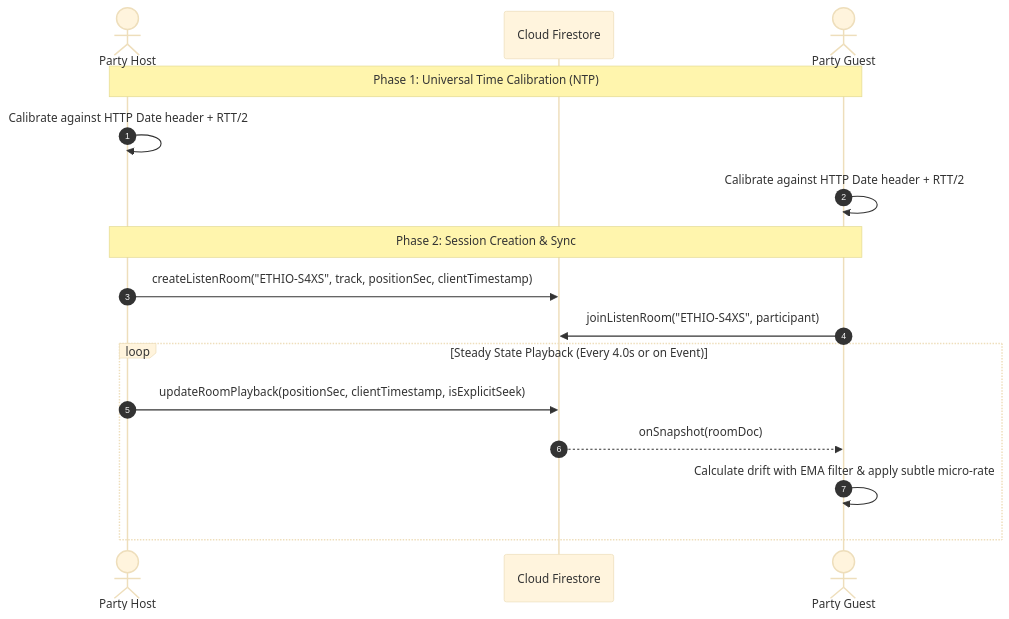
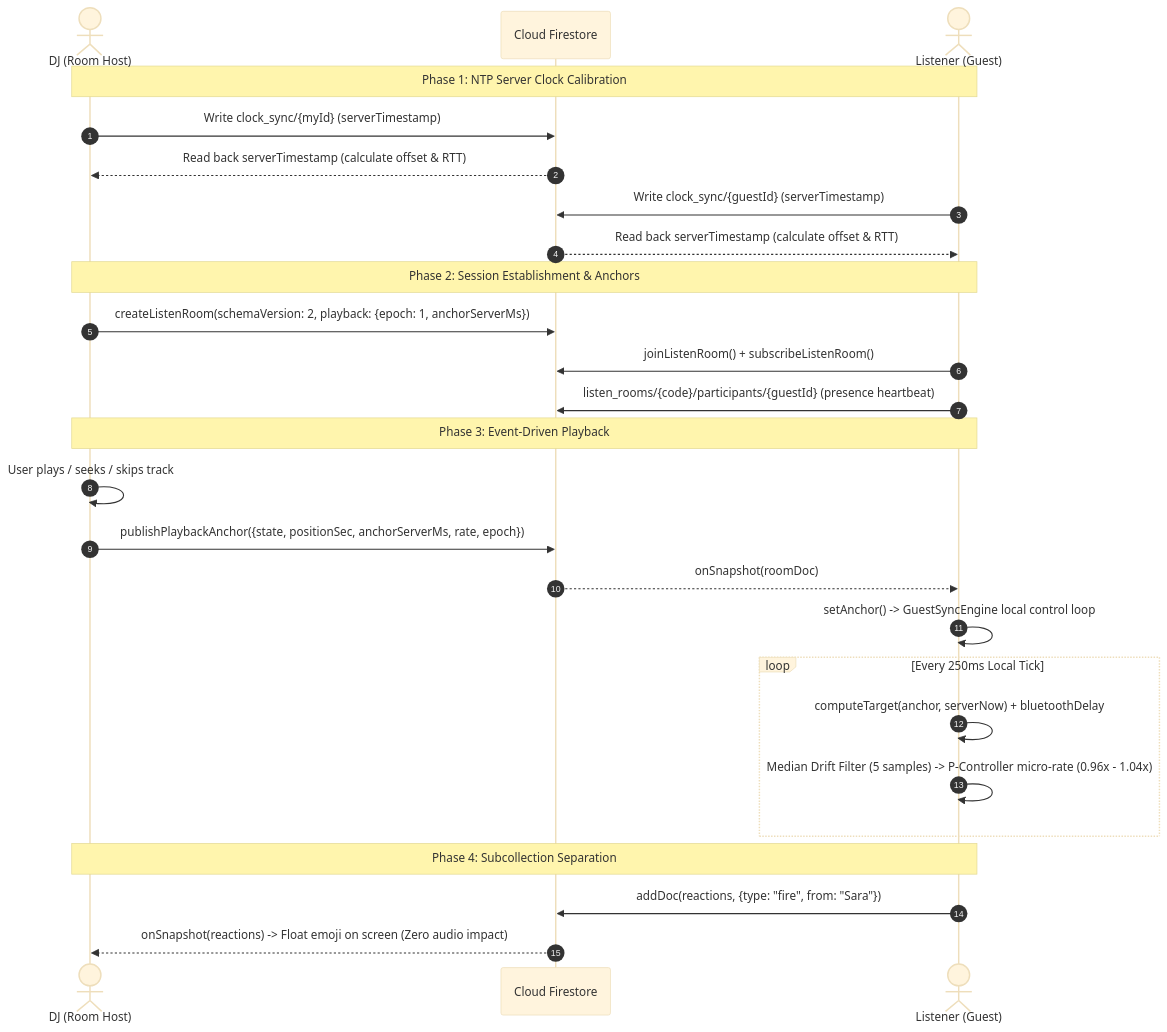
The diagram in docs/PARTY_MODE_SYNC.md (BitaniaGezahegn/ethio-lyrics-player), drawn with Mermaid (base theme) before and after one commit. The commit also changed other lines of this file and 8 other files, not shown here.

Commit message:
feat: implement Party Mode Sync v2 with timeline anchors, P-controller, subcollection isolation, and diagnostics

````diff
--- a/docs/PARTY_MODE_SYNC.md
+++ b/docs/PARTY_MODE_SYNC.md
@@ -12,21 +20,32 @@
 ```mermaid
 sequenceDiagram
     autonumber
-    actor Host as Party Host
+    actor DJ as DJ (Room Host)
     participant FS as Cloud Firestore
-    actor Guest as Party Guest
+    actor Guest as Listener (Guest)
 
-    Note over Host,Guest: Phase 1: Universal Time Calibration (NTP)
-    Host->>Host: Calibrate against HTTP Date header + RTT/2
-    Guest->>Guest: Calibrate against HTTP Date header + RTT/2
+    Note over DJ,Guest: Phase 1: NTP Server Clock Calibration
+    DJ->>FS: Write clock_sync/{myId} (serverTimestamp)
+    FS-->>DJ: Read back serverTimestamp (calculate offset & RTT)
+    Guest->>FS: Write clock_sync/{guestId} (serverTimestamp)
+    FS-->>Guest: Read back serverTimestamp (calculate offset & RTT)
 
-    Note over Host,Guest: Phase 2: Session Creation & Sync
-    Host->>FS: createListenRoom("ETHIO-S4XS", track, positionSec, clientTimestamp)
-    Guest->>FS: joinListenRoom("ETHIO-S4XS", participant)
+    Note over DJ,Guest: Phase 2: Session Establishment & Anchors
+    DJ->>FS: createListenRoom(schemaVersion: 2, playback: {epoch: 1, anchorServerMs})
+    Guest->>FS: joinListenRoom() + subscribeListenRoom()
+    Guest->>FS: listen_rooms/{code}/participants/{guestId} (presence heartbeat)
 
-    loop Steady State Playback (Every 4.0s or on Event)
-        Host->>FS: updateRoomPlayback(positionSec, clientTimestamp, isExplicitSeek)
-        FS-->>Guest: onSnapshot(roomDoc)
-        Guest->>Guest: Calculate drift with EMA filter & apply subtle micro-rate
+    Note over DJ,Guest: Phase 3: Event-Driven Playback
+    DJ->>DJ: User plays / seeks / skips track
+    DJ->>FS: publishPlaybackAnchor({state, positionSec, anchorServerMs, rate, epoch})
+    FS-->>Guest: onSnapshot(roomDoc)
+    Guest->>Guest: setAnchor() -> GuestSyncEngine local control loop
+    loop Every 250ms Local Tick
+        Guest->>Guest: computeTarget(anchor, serverNow) + bluetoothDelay
+        Guest->>Guest: Median Drift Filter (5 samples) -> P-Controller micro-rate (0.96x - 1.04x)
     end
+
+    Note over DJ,Guest: Phase 4: Subcollection Separation
+    Guest->>FS: addDoc(reactions, {type: "fire", from: "Sara"})
+    FS-->>DJ: onSnapshot(reactions) -> Float emoji on screen (Zero audio impact)
 ```
````
